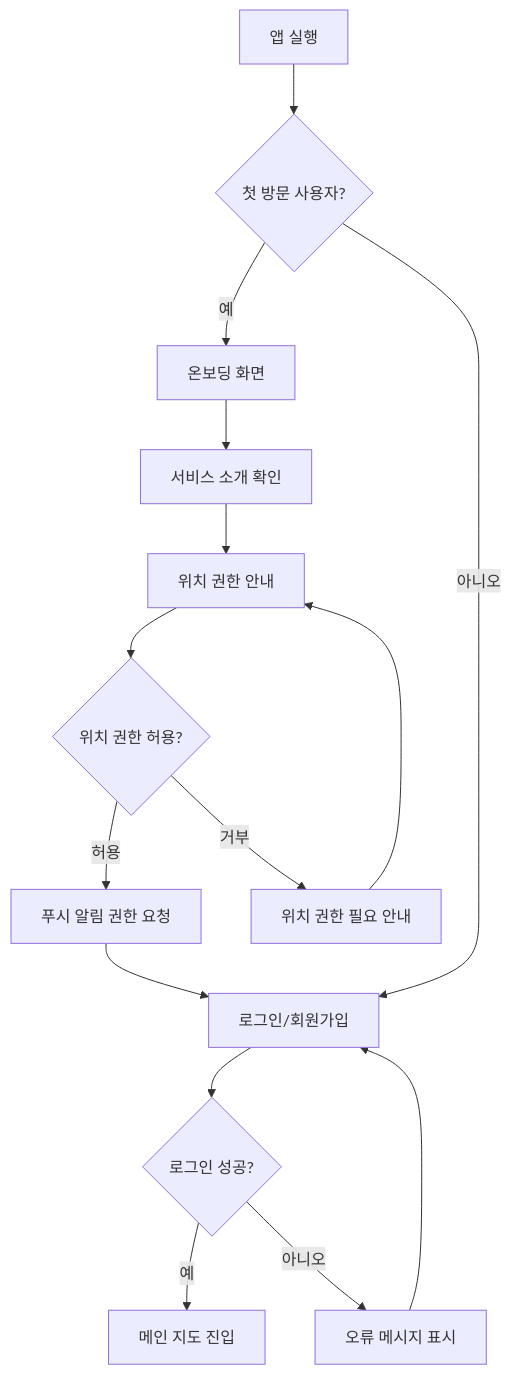
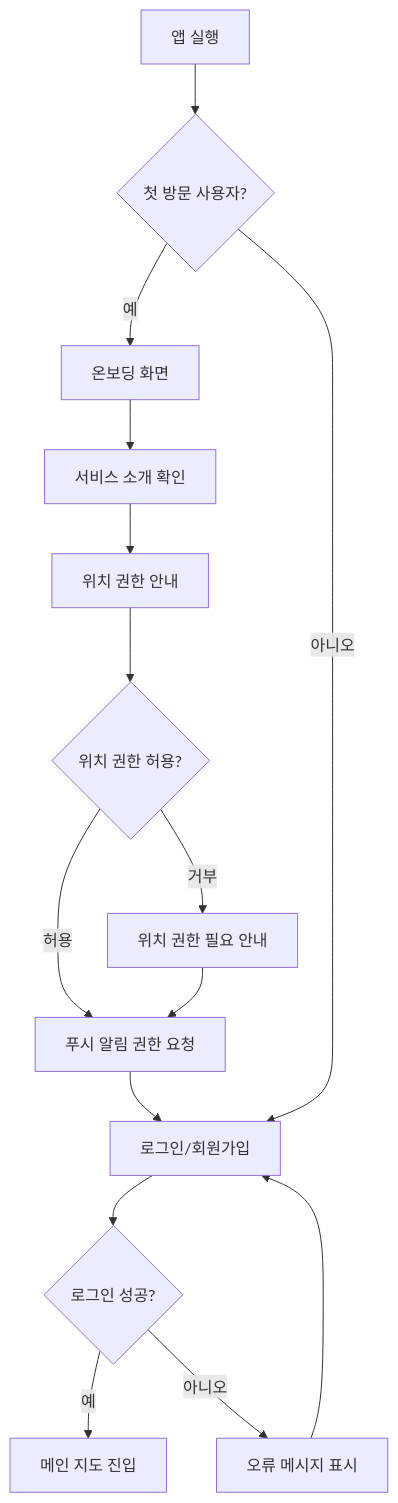
One commit to Code-Badgers/potato-mubwanna-public changed the first of 6 diagrams in agents_docs/04_user_flow.md. Above: the diagram before and after it, drawn with Mermaid. The commit also changed 3 other files, not shown here.

````diff
--- a/agents_docs/04_user_flow.md
+++ b/agents_docs/04_user_flow.md
@@ -7,17 +7,17 @@
 ```mermaid
 flowchart TD
     A[앱 실행] --> B{첫 방문 사용자?}
     B -- 예 --> C[온보딩 화면]
     C --> D[서비스 소개 확인]
     D --> E[위치 권한 안내]
     E --> F{위치 권한 허용?}
     F -- 허용 --> G[푸시 알림 권한 요청]
     F -- 거부 --> F1[위치 권한 필요 안내]
-    F1 --> E
+    F1 --> G
     G --> H[로그인/회원가입]
     B -- 아니오 --> H
     H --> I{로그인 성공?}
     I -- 예 --> J[메인 지도 진입]
     I -- 아니오 --> K[오류 메시지 표시]
     K --> H
 ```
````
